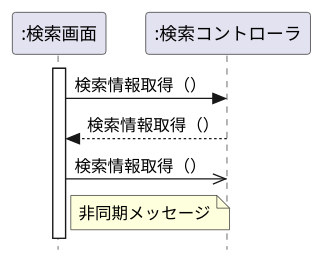
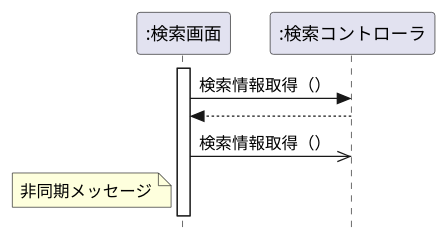
Before and after one commit to papipuponpon/uml-introduction: the diagram in 図４－４　非同期のメッセージ.pu, drawn with PlantUML. The commit also changed 9 other files, not shown here.

```diff
--- a/図４－４　非同期のメッセージ.pu
+++ b/図４－４　非同期のメッセージ.pu
@@ -1,12 +1,12 @@
 @startuml
 skinparam style strictuml /' 厳密なUMLに準拠する'/
 hide footbox
 participant ":検索画面" as seach
 participant ":検索コントローラ" as control
 activate seach
 seach -> control: 検索情報取得（）
-seach <-- control: 検索情報取得（）
+seach <-- control
 seach ->> control: 検索情報取得（）
 deactivate control
-note right of seach : 非同期メッセージ
+note left of seach : 非同期メッセージ
 @enduml
```
